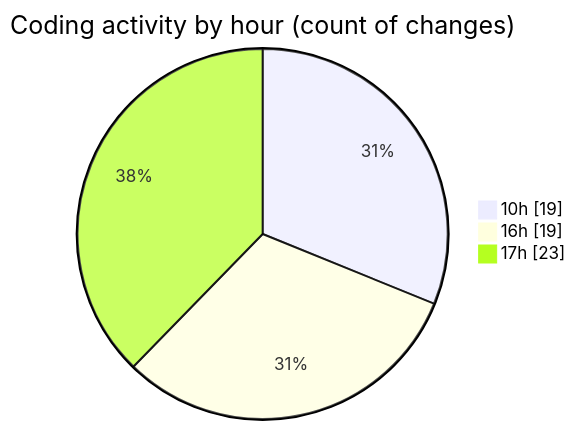
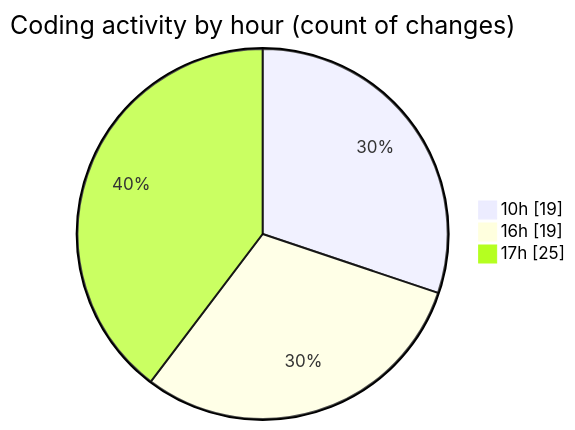
Before and after one commit to robertbonfada/code-tracking: the second of 2 diagrams in 2025-01-20/mbc-web/README.md, drawn with Mermaid. The commit also changed other lines of this file and 1 other file, not shown here.

````diff
--- a/2025-01-20/mbc-web/README.md
+++ b/2025-01-20/mbc-web/README.md
@@ -49,7 +49,7 @@
 ```mermaid
 pie showData
 title Coding activity by hour (count of changes)
 "10h" : 19
 "16h" : 19
-"17h" : 23
+"17h" : 25
 ```
````
